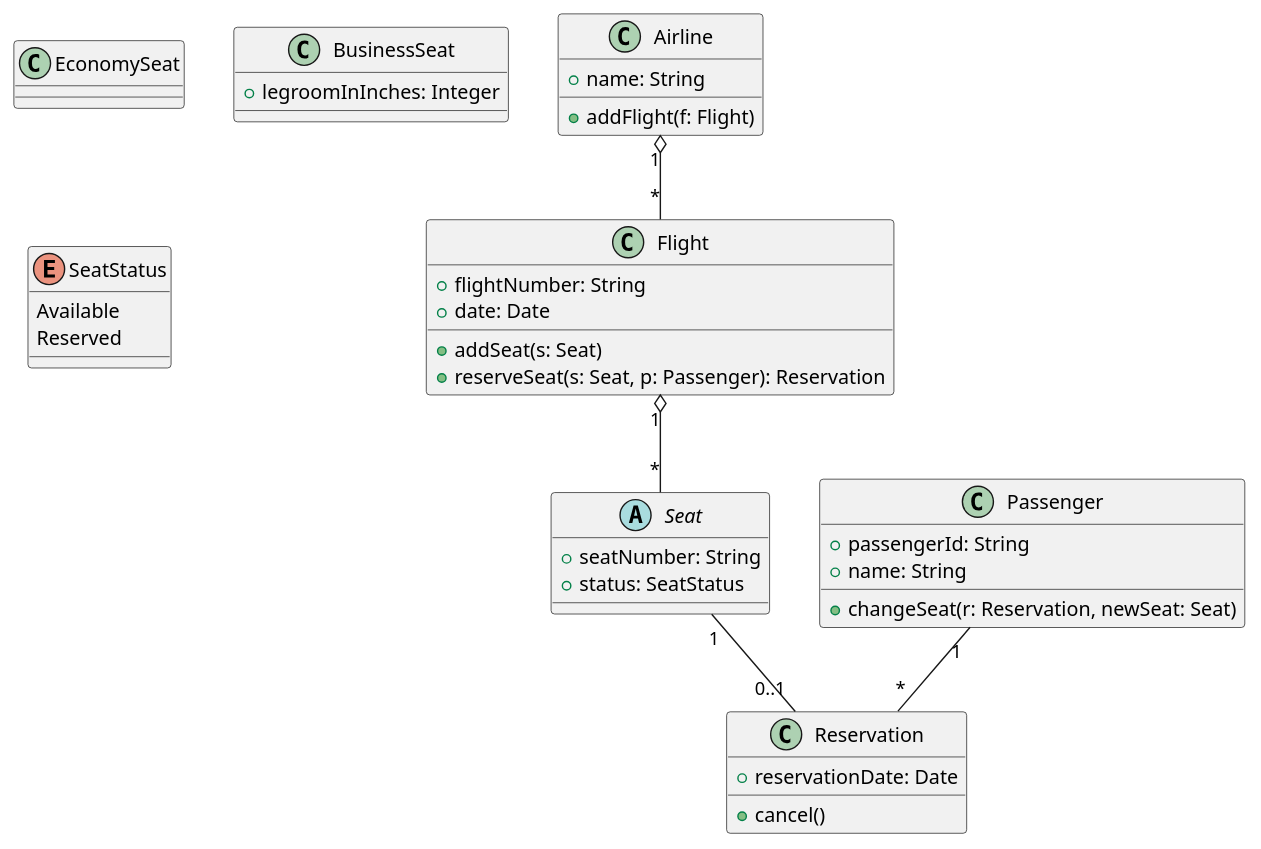
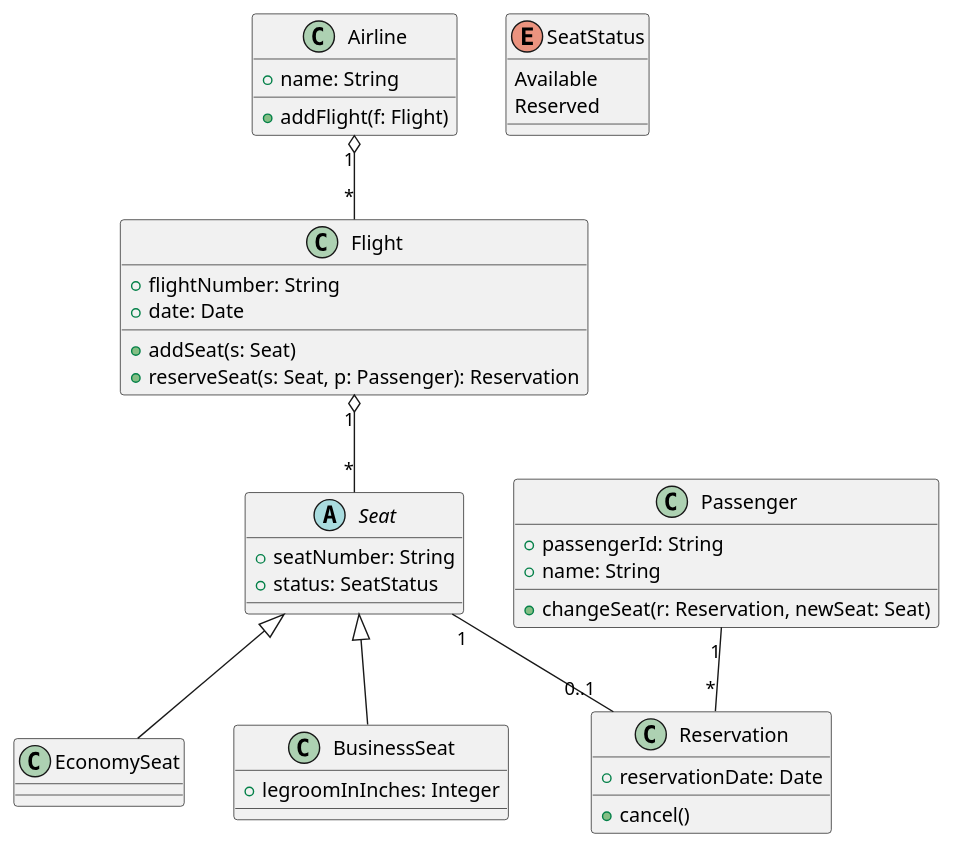
The diagram in airline/classical-uml/main.puml (scx-othr/MoProCo-evaluation), drawn with PlantUML before and after one commit.

Commit message:
Add inheritance

```diff
--- a/airline/classical-uml/main.puml
+++ b/airline/classical-uml/main.puml
@@ -1,45 +1,48 @@
 @startuml
 class Airline {
   +name: String
   +addFlight(f: Flight)
 }
 
 class Flight {
   +flightNumber: String
   +date: Date
   +addSeat(s: Seat)
   +reserveSeat(s: Seat, p: Passenger): Reservation
 }
 
 abstract class Seat {
   +seatNumber: String
   +status: SeatStatus
 }
 
 class EconomySeat
 
 class BusinessSeat {
   +legroomInInches: Integer
 }
 
 class Passenger {
   +passengerId: String
   +name: String
   +changeSeat(r: Reservation, newSeat: Seat)
 }
 
 class Reservation {
   +reservationDate: Date
   +cancel()
 }
 
 enum SeatStatus {
   Available
   Reserved
 }
 
 Airline "1" o-- "*" Flight
 Flight "1" o-- "*" Seat
 Passenger "1" -- "*" Reservation
 Seat "1" -- "0..1" Reservation
+
+Seat <|-- EconomySeat
+Seat <|-- BusinessSeat
 @enduml
```
